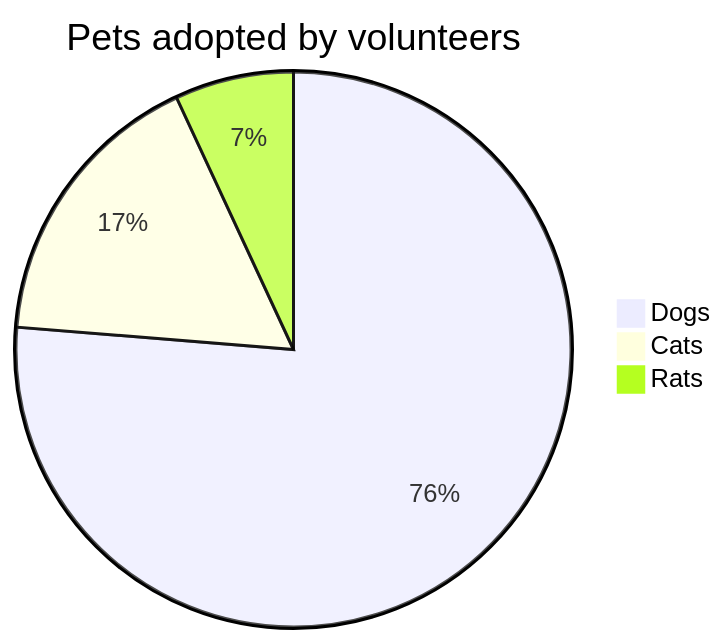
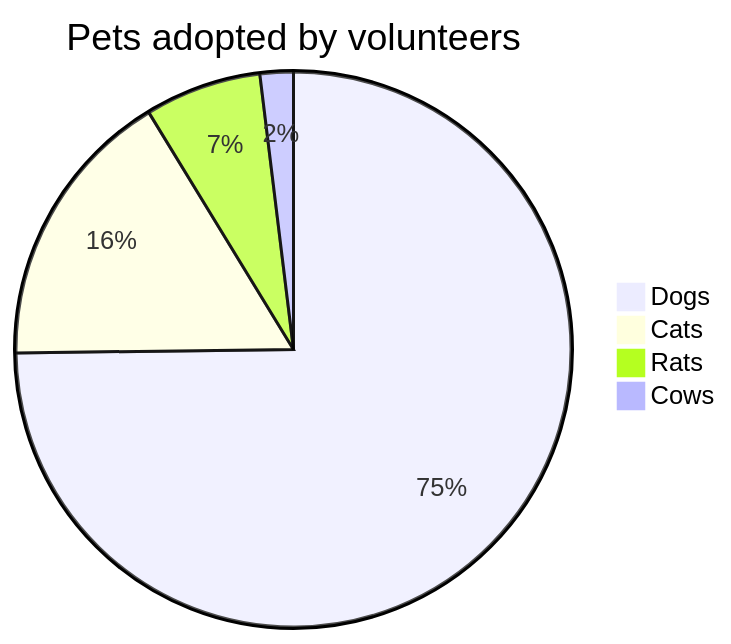
Before and after one commit to regh-christian/dokumentation: the diagram in wiki/GuideTilHjemmeside.md, drawn with Mermaid.

````diff
--- a/wiki/GuideTilHjemmeside.md
+++ b/wiki/GuideTilHjemmeside.md
@@ -128,6 +128,7 @@
 ```mermaid
 pie title Pets adopted by volunteers
   "Dogs" : 386
   "Cats" : 85
   "Rats" : 35
+  "Cows" : 10
 ```
````
